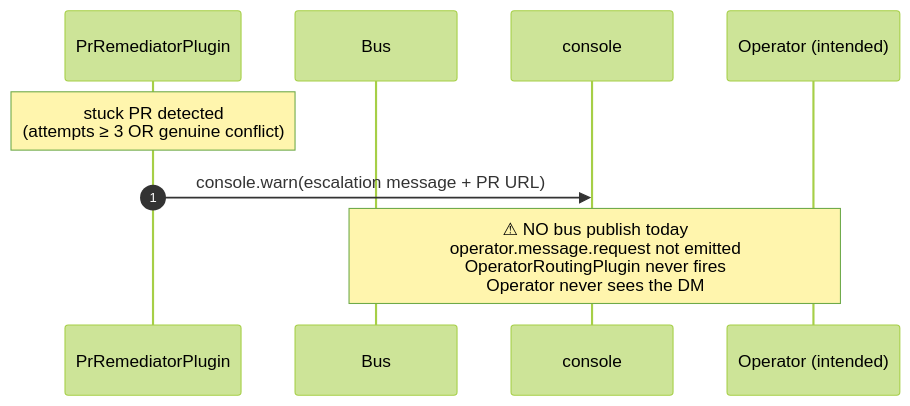
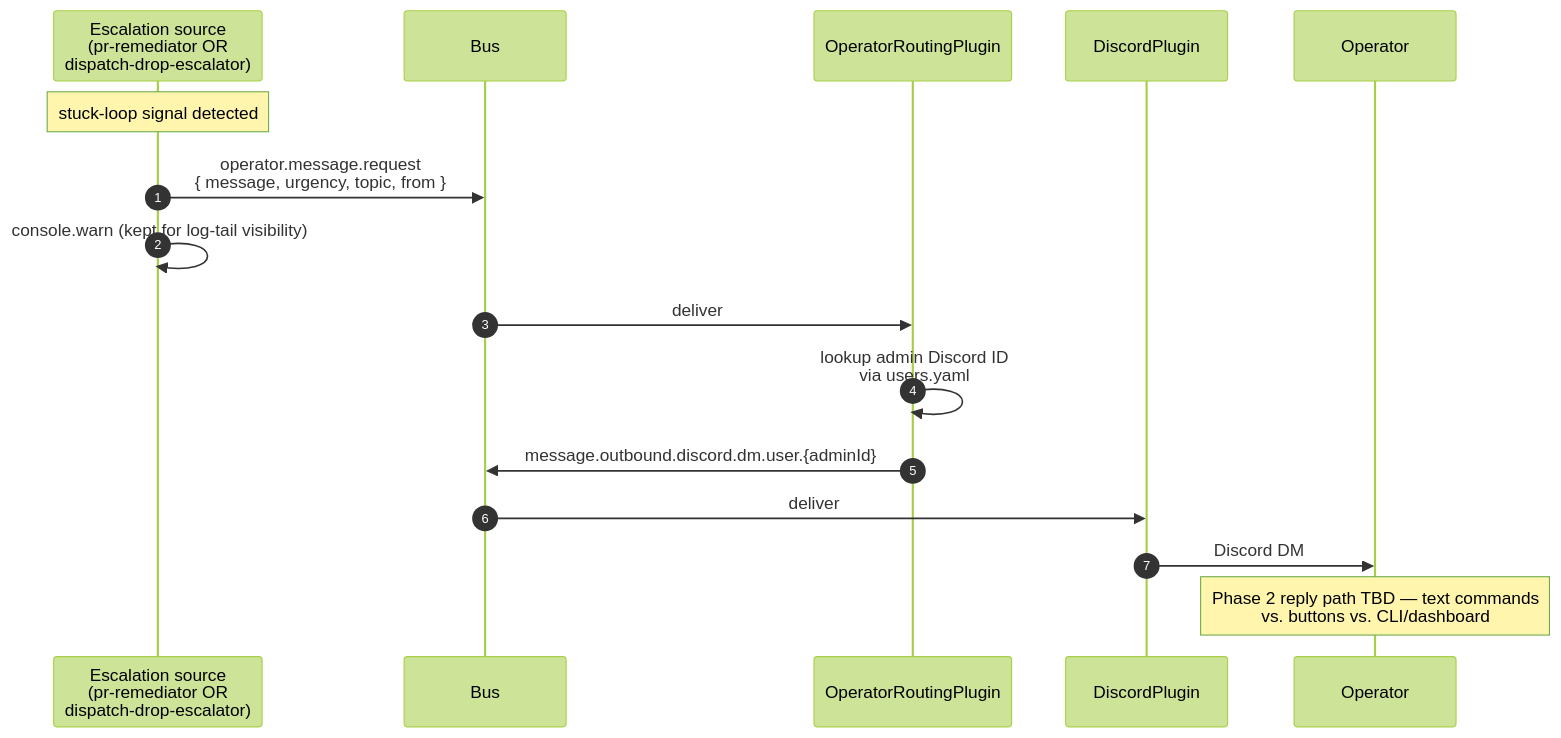
One commit to protoLabsAI/protoWorkstacean changed the diagram in docs/architecture/flow-hitl.md. Above: the diagram before and after it, drawn with Mermaid (forest theme). The commit also changed other lines of this file and 4 other files, not shown here.

````diff
--- a/docs/architecture/flow-hitl.md
+++ b/docs/architecture/flow-hitl.md
@@ -66,12 +66,19 @@
 ```mermaid
 sequenceDiagram
     autonumber
-    participant PR as PrRemediatorPlugin
+    participant Source as Escalation source<br/>(pr-remediator OR<br/>dispatch-drop-escalator)
     participant Bus as Bus
-    participant Log as console
-    participant OP as Operator (intended)
+    participant OR as OperatorRoutingPlugin
+    participant DP as DiscordPlugin
+    participant OP as Operator
 
-    Note over PR: stuck PR detected<br/>(attempts ≥ 3 OR genuine conflict)
-    PR->>Log: console.warn(escalation message + PR URL)
-    Note over Bus,OP: ⚠ NO bus publish today<br/>operator.message.request not emitted<br/>OperatorRoutingPlugin never fires<br/>Operator never sees the DM
+    Note over Source: stuck-loop signal detected
+    Source->>Bus: operator.message.request<br/>{ message, urgency, topic, from }
+    Source->>Source: console.warn (kept for log-tail visibility)
+    Bus->>OR: deliver
+    OR->>OR: lookup admin Discord ID<br/>via users.yaml
+    OR->>Bus: message.outbound.discord.dm.user.{adminId}
+    Bus->>DP: deliver
+    DP->>OP: Discord DM
+    Note over OP: Phase 2 reply path TBD — text commands<br/>vs. buttons vs. CLI/dashboard
 ```
````
